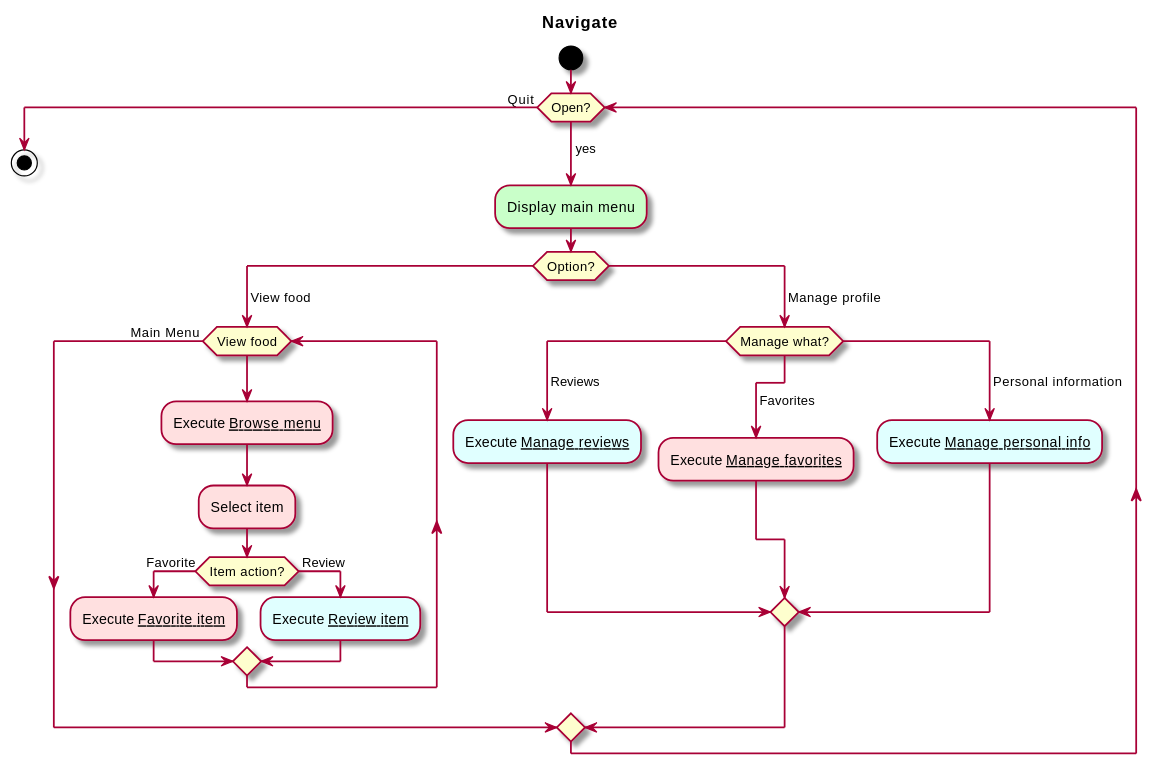
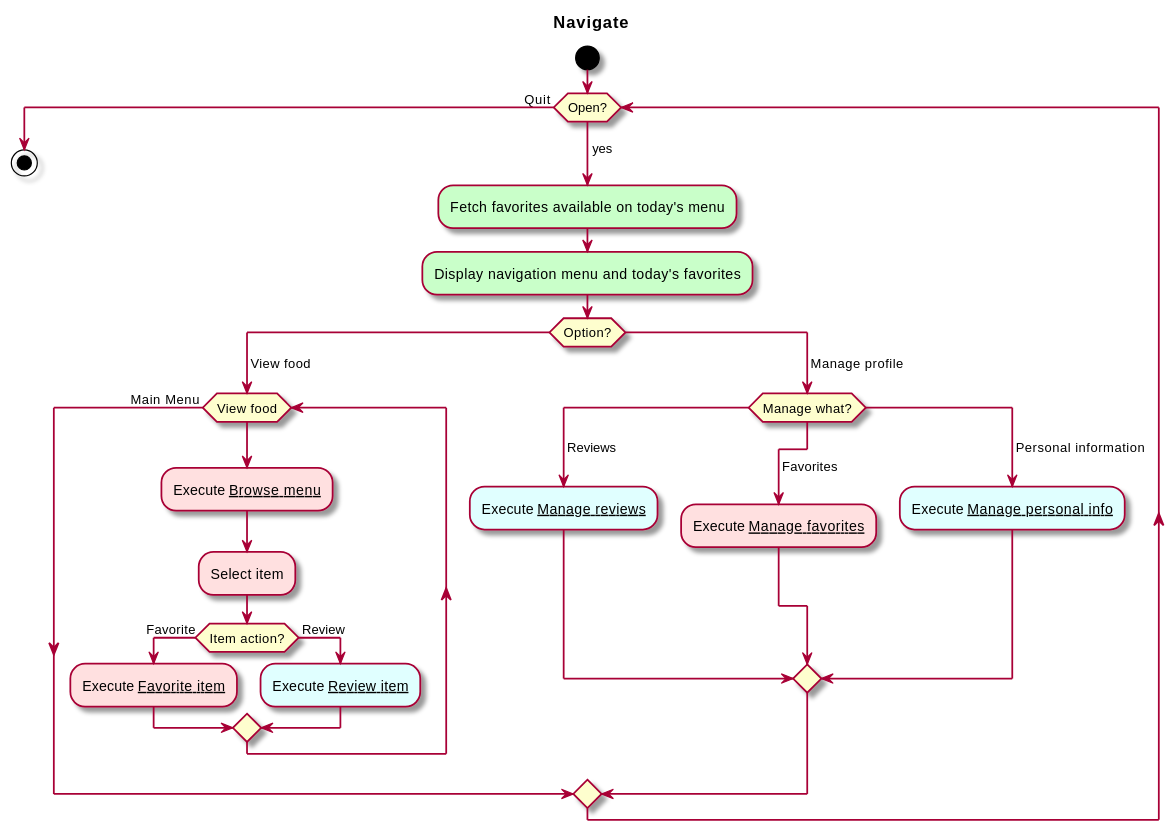
One commit to sashap100/Vassar-Dining-App changed the diagram in intellij/doc/use-cases/navigate.md. Above: the diagram before and after it, drawn with PlantUML. The commit also changed 1 other file, not shown here.

Commit message:
Added detail to Navigate and Browse menu use cases.

````diff
--- a/intellij/doc/use-cases/navigate.md
+++ b/intellij/doc/use-cases/navigate.md
@@ -26,35 +26,36 @@
 ```plantuml
 @startuml
 
 skin rose
 title Navigate
 
 start
 while (Open?) is (\nyes)
-#technology:Display main menu;
+#technology:Fetch favorites available on today's menu;
+#technology:Display navigation menu and today's favorites;
 switch (Option?)
     case ( View food)
         while (View food) is ( )
             #implementation:Execute __Browse menu__;
             #implementation:Select item;
             if (Item action?) then (Favorite)
                 #implementation:Execute __Favorite item__;
             else ( Review)
                 #LightCyan:Execute __Review item__;
             endif
         endwhile (Main Menu )
     case ( Manage profile)
         switch (Manage what?)
             case ( Reviews)
                 #LightCyan:Execute __Manage reviews__;
             case (\n Favorites)
             
                 #implementation:Execute __Manage favorites__;
             case ( Personal information)
                 #LightCyan:Execute __Manage personal info__;
         endswitch
 endswitch
 endwhile (Quit )
 stop
 @enduml
 ```
````
